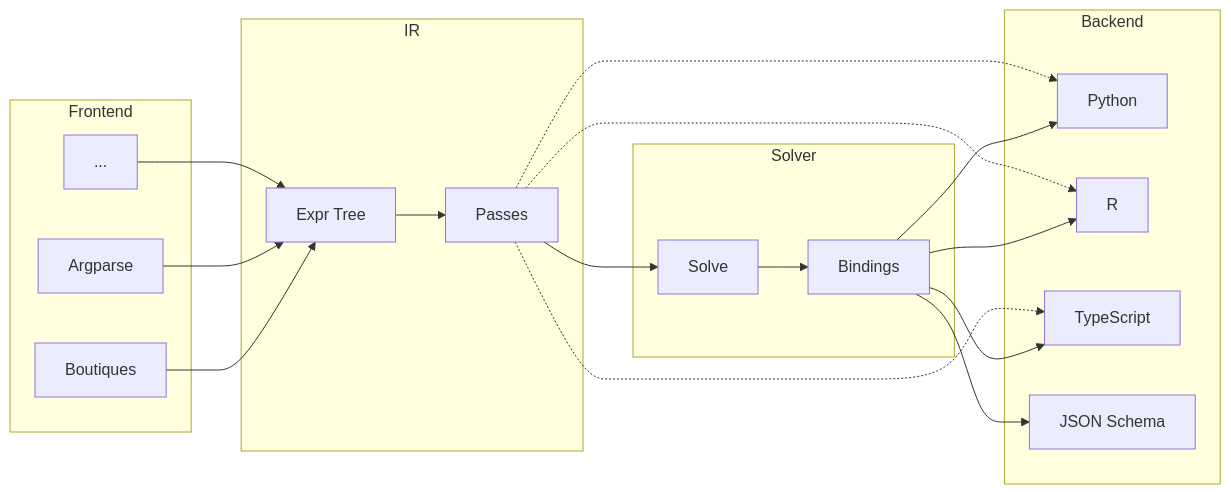
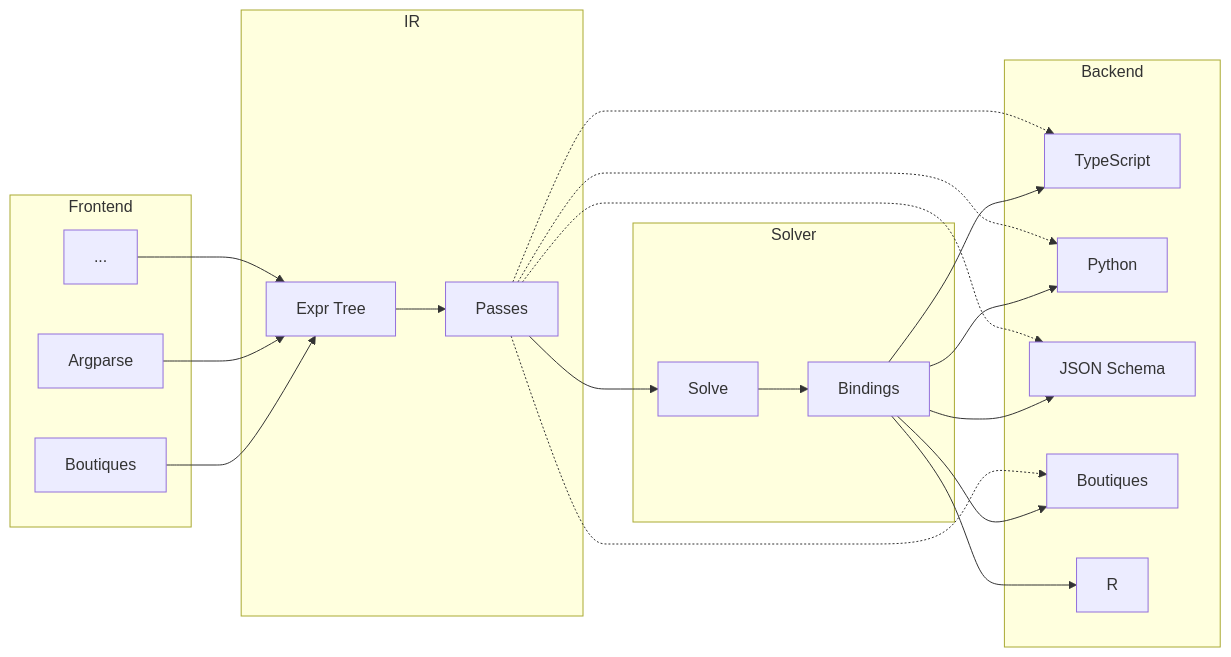
The diagram in ARCHITECTURE.md (styx-api/styx), drawn with Mermaid before and after one commit. The commit also changed other lines of this file, not shown here.

First line of the commit message:
docs: refresh ARCHITECTURE backend status and parity gaps

````diff
--- a/ARCHITECTURE.md
+++ b/ARCHITECTURE.md
@@ -7,31 +7,32 @@
 ```mermaid
 flowchart LR
     subgraph Frontend
         F1[Boutiques]
         F2[Argparse]
         F3[...]
     end
 
     subgraph IR
         IR1[Expr Tree]
         IR2[Passes]
     end
 
     subgraph Solver
         S1[Solve]
         S2[Bindings]
     end
 
     subgraph Backend
-        B1[Python]
-        B2[R]
-        B3[TypeScript]
-        B4[JSON Schema]
+        B1[TypeScript]
+        B2[Python]
+        B3[JSON Schema]
+        B4[Boutiques]
+        B5[R]
     end
 
     F1 & F2 & F3 --> IR1
     IR1 --> IR2 --> S1 --> S2
 
-    S2 --> B1 & B2 & B3 & B4
-    IR2 -.-> B1 & B2 & B3
+    S2 --> B1 & B2 & B3 & B4 & B5
+    IR2 -.-> B1 & B2 & B3 & B4
 ```
````
